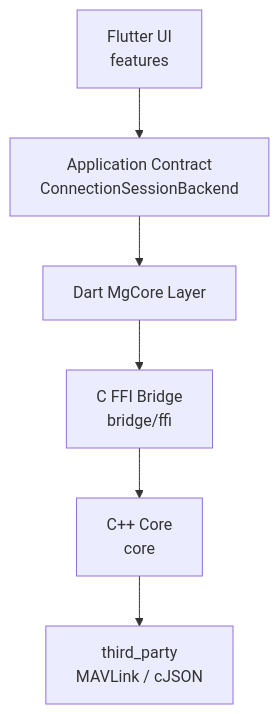
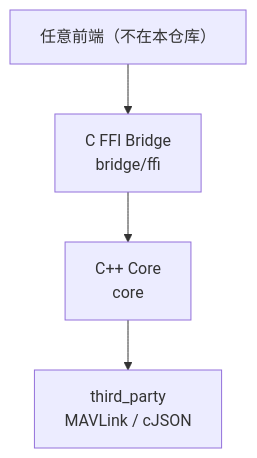
Before and after one commit to mofu2003/M-GCS: the diagram in docs/ARCHITECTURE.md, drawn with Mermaid. The commit also changed other lines of this file and 204 other files, not shown here.

````diff
--- a/docs/ARCHITECTURE.md
+++ b/docs/ARCHITECTURE.md
@@ -22,15 +17,11 @@
 ```mermaid
 flowchart TB
-    UI["Flutter UI<br/>features"]
-    App["Application Contract<br/>ConnectionSessionBackend"]
-    DartMg["Dart MgCore Layer"]
+    Frontend["任意前端（不在本仓库）"]
     FFI["C FFI Bridge<br/>bridge/ffi"]
     Core["C++ Core<br/>core"]
     Third["third_party<br/>MAVLink / cJSON"]
 
-    UI --> App
-    App --> DartMg
-    DartMg --> FFI
+    Frontend --> FFI
     FFI --> Core
     Core --> Third
 ```
````
